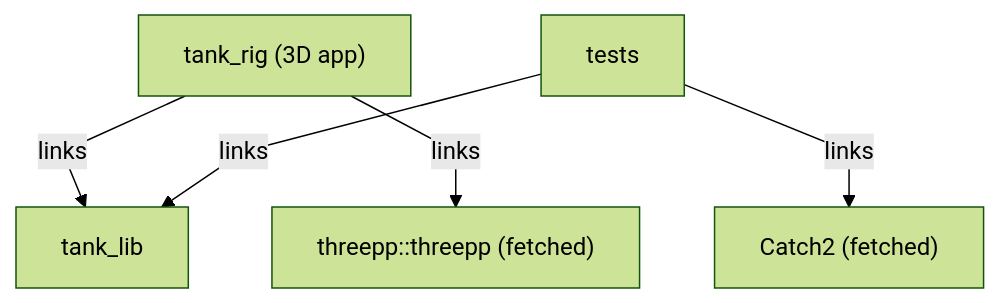
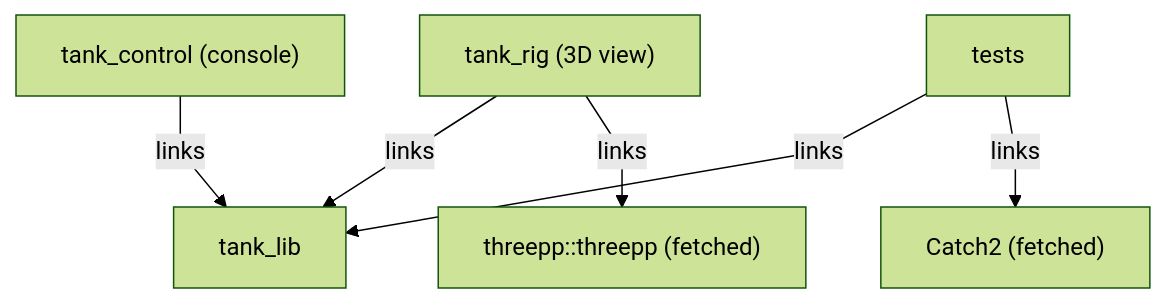
Before and after one commit to markaren/E-book_cpp: the diagram in docs/capstone.md, drawn with Mermaid (forest theme). The commit also changed other lines of this file and 8 other files, not shown here.

````diff
--- a/docs/capstone.md
+++ b/docs/capstone.md
@@ -495,8 +743,9 @@
     ```mermaid
     %%{init: {'flowchart': {'curve': 'linear'}}}%%
     graph TD
-        APP["tank_rig (3D app)"] -->|links| LIB["tank_lib"]
-        APP -->|links| TPP["threepp::threepp (fetched)"]
+        RIG["tank_rig (3D view)"] -->|links| LIB["tank_lib"]
+        RIG -->|links| TPP["threepp::threepp (fetched)"]
+        APP["tank_control (console)"] -->|links| LIB
         TESTS["tests"] -->|links| LIB
         TESTS -->|links| C2["Catch2 (fetched)"]
     ```
````
